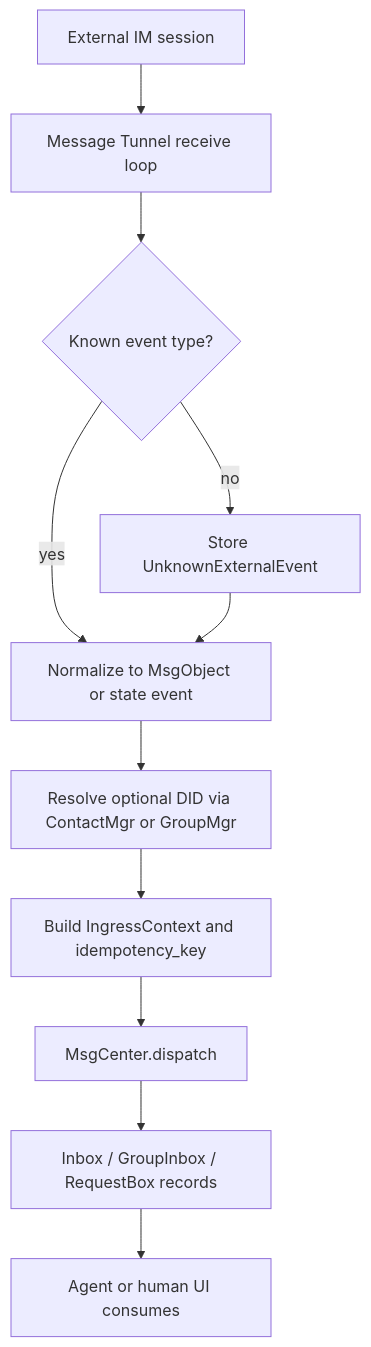
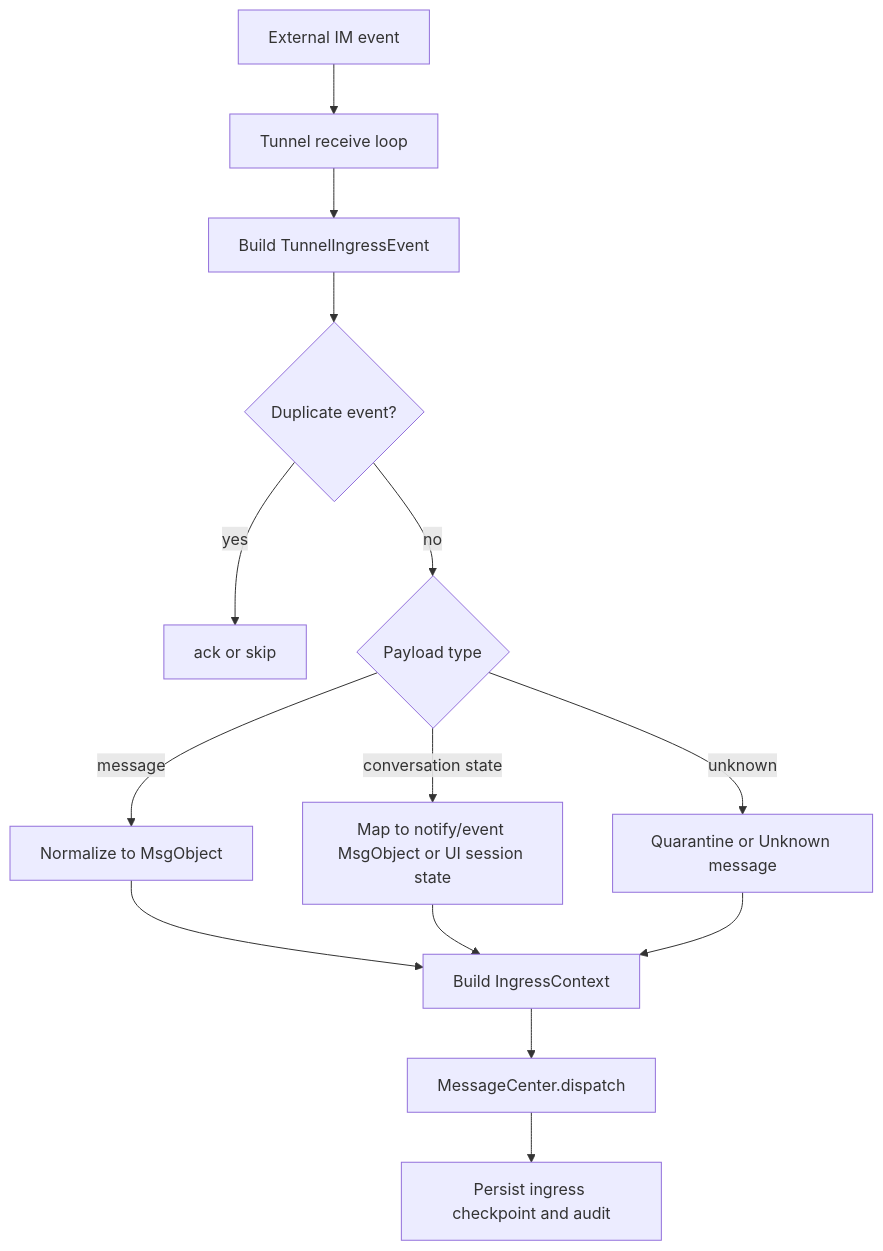
Before and after one commit to wugren/buckyos: the first of 2 diagrams in doc/message_hub/Message Tunnel Minimal Spec.md, drawn with Mermaid. The commit also changed other lines of this file and 1 other file, not shown here.

Commit message:
docs: define message tunnel design

````diff
--- a/doc/message_hub/Message Tunnel Minimal Spec.md
+++ b/doc/message_hub/Message Tunnel Minimal Spec.md
@@ -259,13 +179,16 @@
 ```mermaid
 flowchart TD
-    A[External IM session] --> B[Message Tunnel receive loop]
-    B --> C{Known event type?}
-    C -- yes --> D[Normalize to MsgObject or state event]
-    C -- no --> E[Store UnknownExternalEvent]
-    E --> D
-    D --> F[Resolve optional DID via ContactMgr or GroupMgr]
-    F --> G[Build IngressContext and idempotency_key]
-    G --> H[MsgCenter.dispatch]
-    H --> I[Inbox / GroupInbox / RequestBox records]
-    I --> J[Agent or human UI consumes]
+    A[External IM event] --> B[Tunnel receive loop]
+    B --> C[Build TunnelIngressEvent]
+    C --> D{Duplicate event?}
+    D -- yes --> Z[ack or skip]
+    D -- no --> E{Payload type}
+    E -- message --> F[Normalize to MsgObject]
+    E -- conversation state --> G[Map to notify/event MsgObject or UI session state]
+    E -- unknown --> H[Quarantine or Unknown message]
+    F --> I[Build IngressContext]
+    G --> I
+    H --> I
+    I --> J[MessageCenter.dispatch]
+    J --> K[Persist ingress checkpoint and audit]
 ```
````
